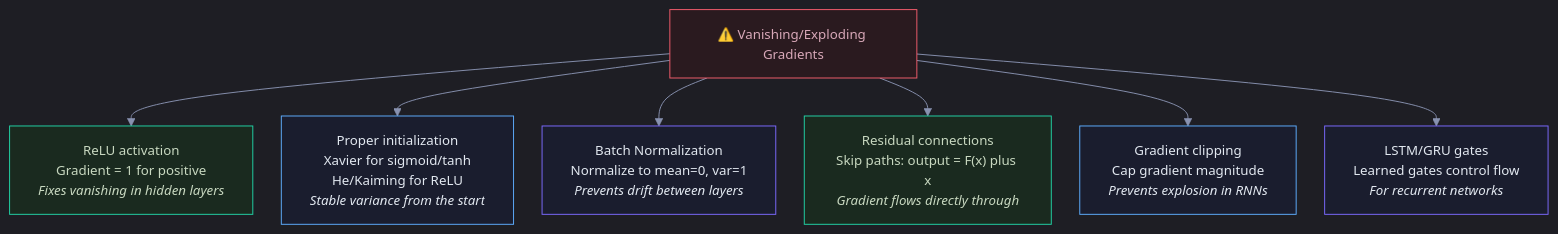
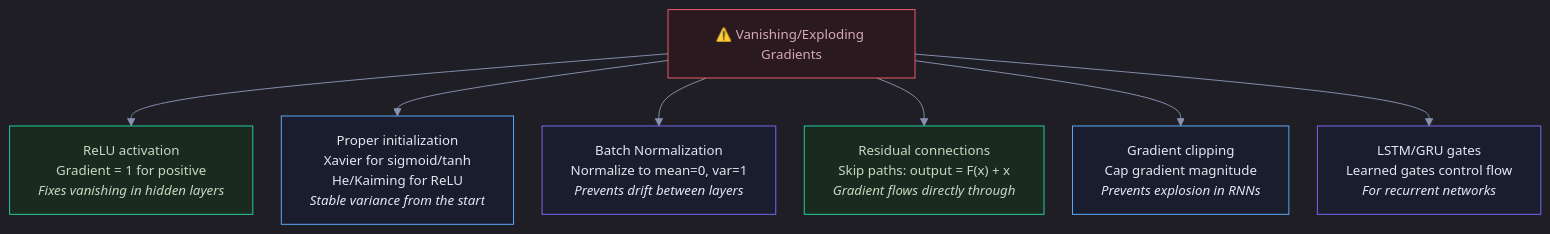
One commit to snehith1234/StudyCircle changed the eighth of 18 diagrams in Documents/Visual_Guides/Deep_Learning/Neural_Network_Fundamentals_Visual.md. Above: the diagram before and after it, drawn with Mermaid. The commit also changed other lines of this file and 10 other files, not shown here.

First line of the commit message:
Fix Mermaid formatting and add RNN/LSTM guides

````diff
--- a/Documents/Visual_Guides/Deep_Learning/Neural_Network_Fundamentals_Visual.md
+++ b/Documents/Visual_Guides/Deep_Learning/Neural_Network_Fundamentals_Visual.md
@@ -229,20 +229,20 @@
 ```mermaid
 %%{init: {'theme': 'dark', 'themeVariables': {'darkMode': true, 'background': '#0e1117', 'primaryColor': '#1a1d2e', 'primaryTextColor': '#e2e8f0', 'primaryBorderColor': '#2d3148', 'lineColor': '#8892b0', 'secondaryColor': '#252840', 'tertiaryColor': '#1a1d2e', 'fontSize': '14px', 'edgeLabelBackground': '#0e1117'}, 'flowchart': {'nodeSpacing': 30, 'rankSpacing': 40, 'padding': 15, 'htmlLabels': true}}}%%
 graph TD
     PROBLEM["⚠️ Vanishing/Exploding Gradients"] --> S1 & S2 & S3 & S4 & S5 & S6
 
     S1["ReLU activation<br/>Gradient = 1 for positive<br/><i>Fixes vanishing in hidden layers</i>"]
     S2["Proper initialization<br/>Xavier for sigmoid/tanh<br/>He/Kaiming for ReLU<br/><i>Stable variance from the start</i>"]
     S3["Batch Normalization<br/>Normalize to mean=0, var=1<br/><i>Prevents drift between layers</i>"]
-    S4["Residual connections<br/>Skip paths: output = F(x) plus x<br/><i>Gradient flows directly through</i>"]
+    S4["Residual connections<br/>Skip paths: output = F(x) + x<br/><i>Gradient flows directly through</i>"]
     S5["Gradient clipping<br/>Cap gradient magnitude<br/><i>Prevents explosion in RNNs</i>"]
     S6["LSTM/GRU gates<br/>Learned gates control flow<br/><i>For recurrent networks</i>"]
 
     style PROBLEM fill:#2a1a1f,stroke:#f45d6d,color:#d8a8b8
     style S1 fill:#1a2a1f,stroke:#22d3a7,color:#c8d8c0
     style S2 fill:#1a1d2e,stroke:#5eaeff,color:#e2e8f0
     style S3 fill:#1a1d2e,stroke:#7c6aff,color:#e2e8f0
     style S4 fill:#1a2a1f,stroke:#22d3a7,color:#c8d8c0
     style S5 fill:#1a1d2e,stroke:#5eaeff,color:#e2e8f0
     style S6 fill:#1a1d2e,stroke:#7c6aff,color:#e2e8f0
 ```
````
